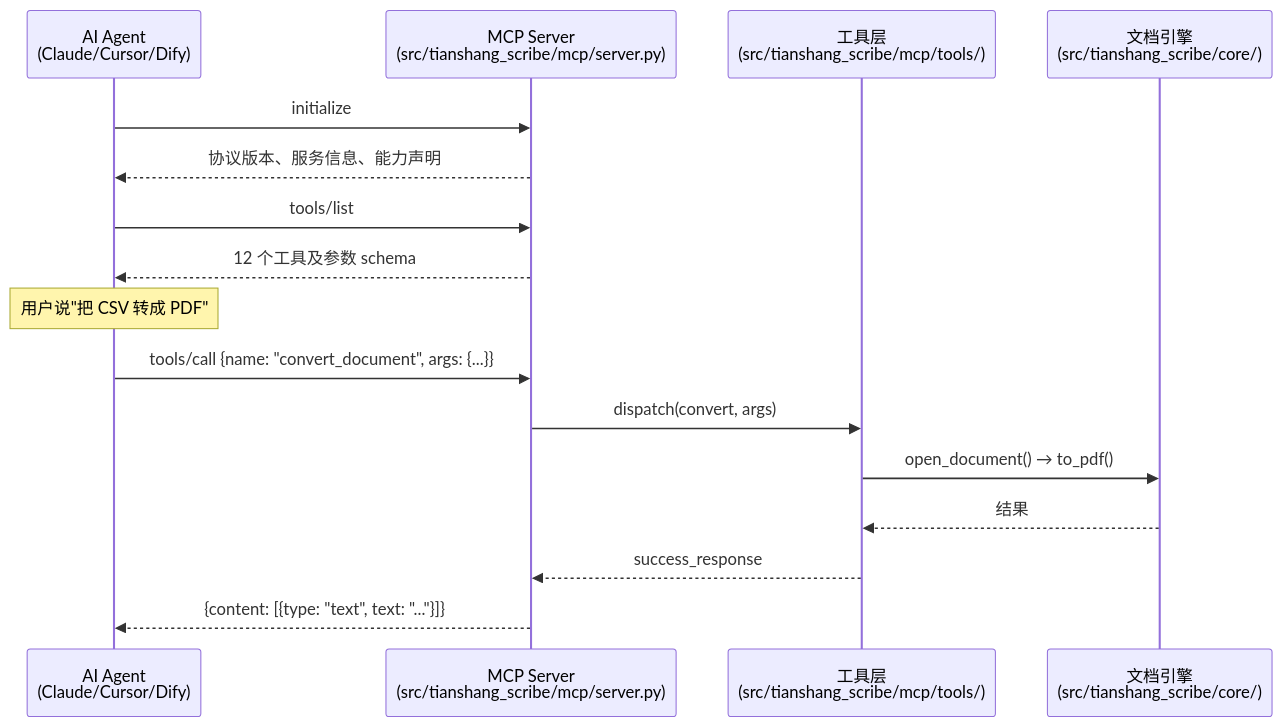
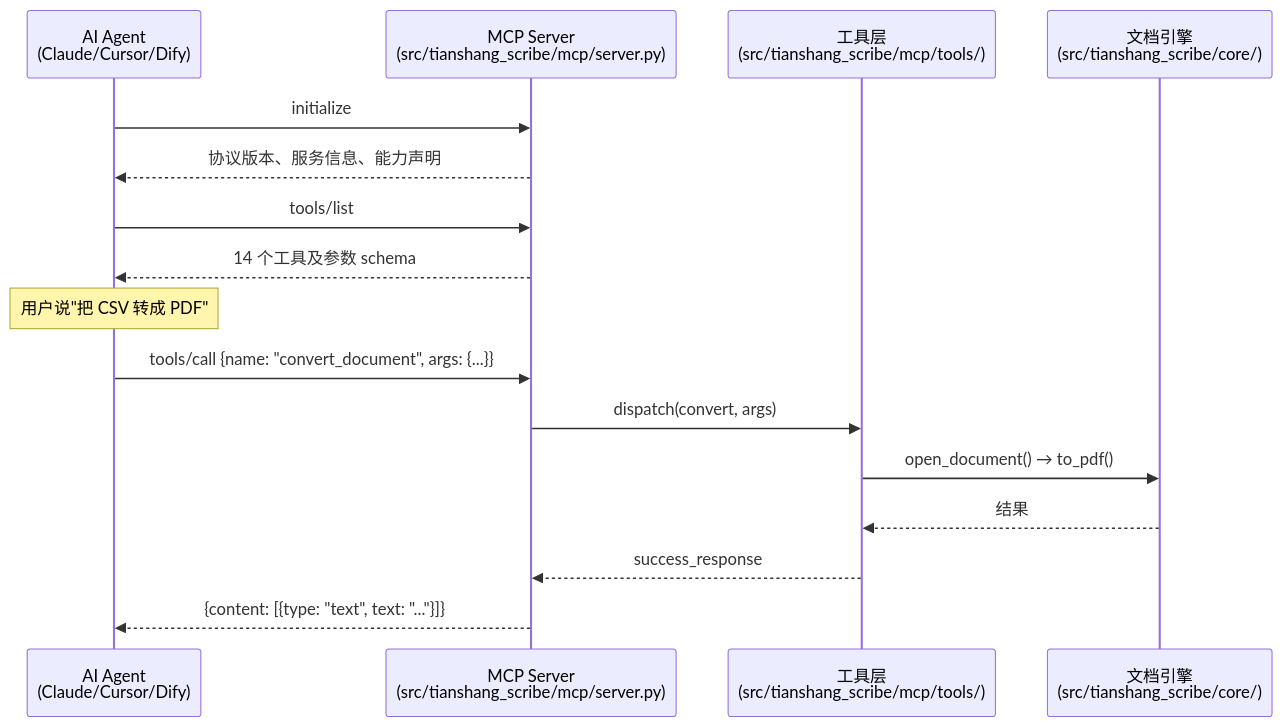
The first of 2 diagrams in docs/mcp/README.zh-CN.md (Tianshang301/TianshangScribe), drawn with Mermaid before and after one commit. The commit also changed other lines of this file and 8 other files, not shown here.

Commit message:
chore(release): 0.9.0 docs sync (14 tools) + version bump — README/docs-mcp/ROADMAP/AGENTS/CHANGELOG

````diff
--- a/docs/mcp/README.zh-CN.md
+++ b/docs/mcp/README.zh-CN.md
@@ -517,22 +551,22 @@
 ```mermaid
 sequenceDiagram
     participant Agent as AI Agent<br/>(Claude/Cursor/Dify)
     participant MCP as MCP Server<br/>(src/tianshang_scribe/mcp/server.py)
     participant Tools as 工具层<br/>(src/tianshang_scribe/mcp/tools/)
     participant Engine as 文档引擎<br/>(src/tianshang_scribe/core/)
 
     Agent->>MCP: initialize
     MCP-->>Agent: 协议版本、服务信息、能力声明
 
     Agent->>MCP: tools/list
-    MCP-->>Agent: 12 个工具及参数 schema
+    MCP-->>Agent: 14 个工具及参数 schema
 
     Note over Agent: 用户说"把 CSV 转成 PDF"
 
     Agent->>MCP: tools/call {name: "convert_document", args: {...}}
     MCP->>Tools: dispatch(convert, args)
     Tools->>Engine: open_document() → to_pdf()
     Engine-->>Tools: 结果
     Tools-->>MCP: success_response
     MCP-->>Agent: {content: [{type: "text", text: "..."}]}
 ```
````
